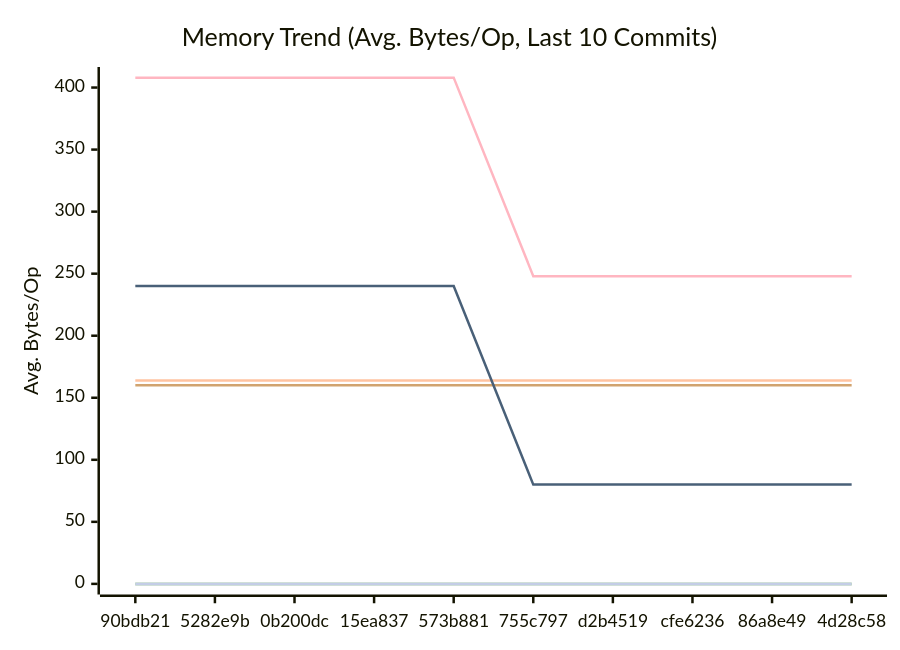
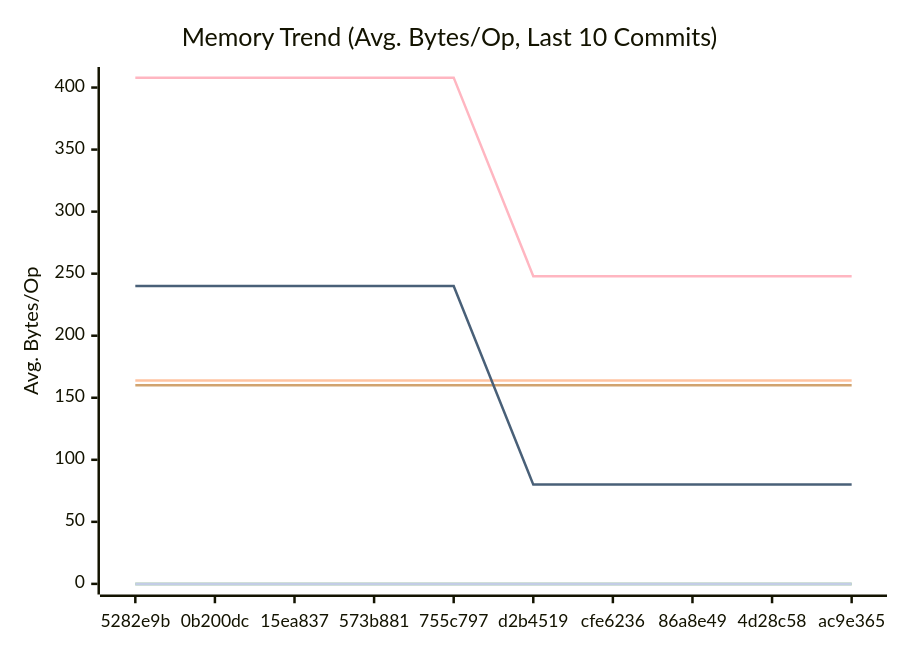
The second of 3 diagrams in docs/PERFORMANCE.md (alsotoes/momo), drawn with Mermaid before and after one commit. The commit also changed other lines of this file and 2 other files, not shown here.

````diff
--- a/docs/PERFORMANCE.md
+++ b/docs/PERFORMANCE.md
@@ -97,16 +97,16 @@
 ```mermaid
 xychart-beta
     title "Memory Trend (Avg. Bytes/Op, Last 10 Commits)"
     x-axis "Commit"
     y-axis "Avg. Bytes/Op"
-    x-axis [90bdb21,5282e9b,0b200dc,15ea837,573b881,755c797,d2b4519,cfe6236,86a8e49,4d28c58]
+    x-axis [5282e9b,0b200dc,15ea837,573b881,755c797,d2b4519,cfe6236,86a8e49,4d28c58,ac9e365]
     line "CheckMetricsAndSwap" [0,0,0,0,0,0,0,0,0,0]
     line "CrushOptimized" [0,0,0,0,0,0,0,0,0,0]
     line "CrushOriginal" [164,164,164,164,164,164,164,164,164,164]
     line "IndexDirectTracking" [0,0,0,0,0,0,0,0,0,0]
     line "IndexSearch" [0,0,0,0,0,0,0,0,0,0]
     line "LoadGlobalConfig" [160,160,160,160,160,160,160,160,160,160]
     line "PadString" [0,0,0,0,0,0,0,0,0,0]
     line "ParseReplicationOrder_NoPrealloc" [408,408,408,408,408,248,248,248,248,248]
     line "ParseReplicationOrder_Prealloc" [240,240,240,240,240,80,80,80,80,80]
 ```
````
